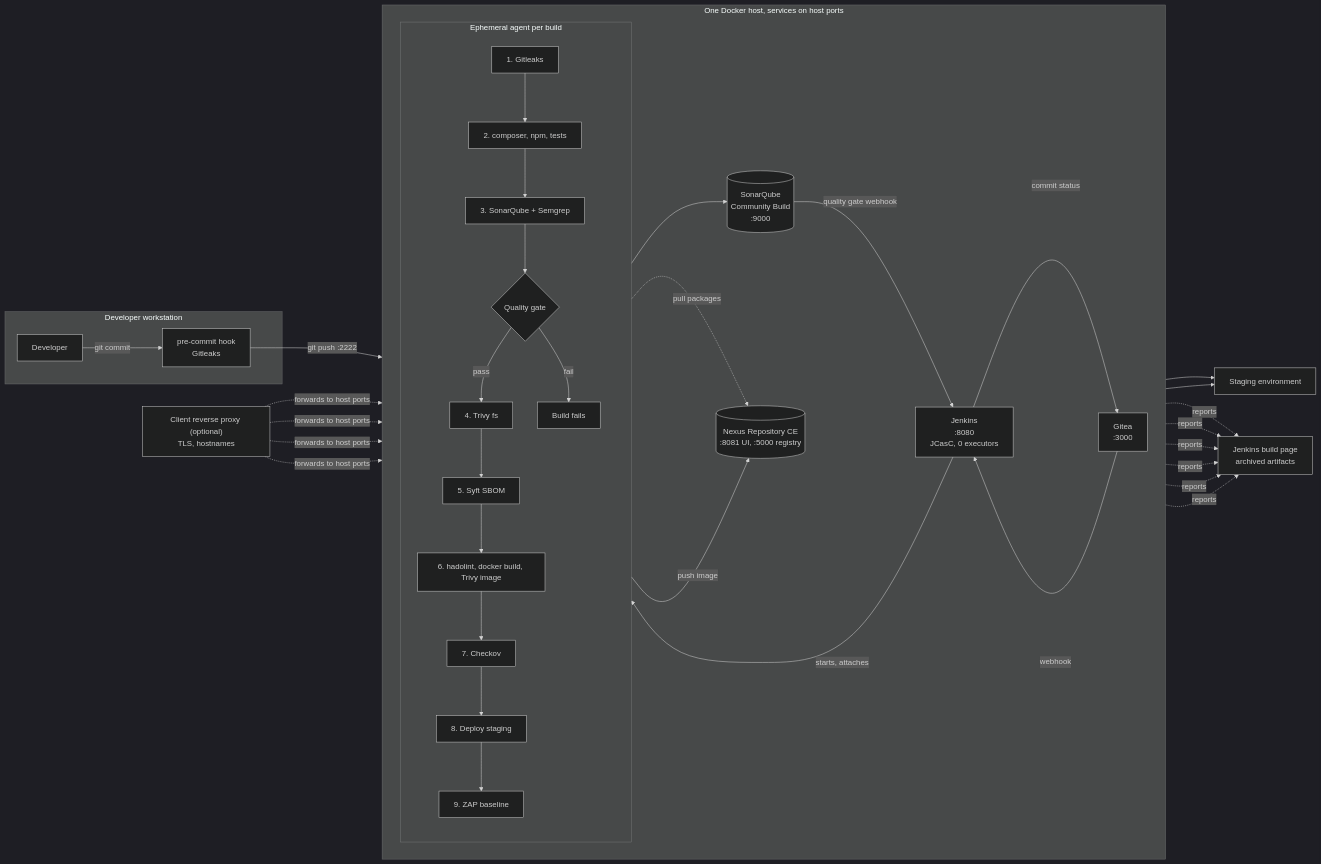
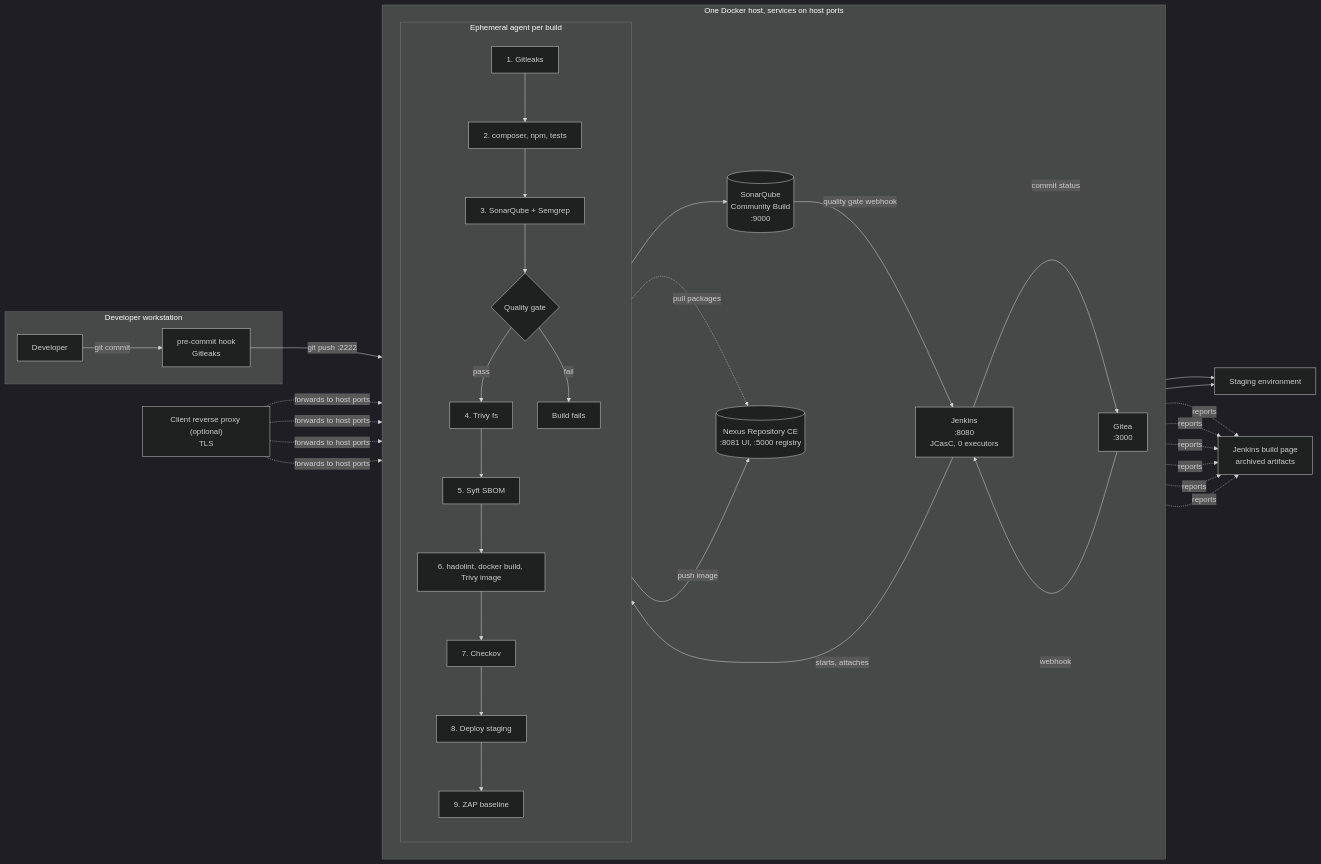
The diagram in docs/strict-minimum.md (MHChlagou/oss-devsecops-stack), drawn with Mermaid (dark theme) before and after one commit. The commit also changed other lines of this file and 42 other files, not shown here.

````diff
--- a/docs/strict-minimum.md
+++ b/docs/strict-minimum.md
@@ -15,42 +15,42 @@
 ```mermaid
 flowchart LR
     subgraph DEV["Developer workstation"]
         D[Developer] -->|git commit| PC["pre-commit hook<br/>Gitleaks"]
     end
 
     PC -->|git push :2222| GT
 
     subgraph HOST["One Docker host, services on host ports"]
         direction LR
         GT["Gitea<br/>:3000"]
         J["Jenkins<br/>:8080<br/>JCasC, 0 executors"]
         SQ[("SonarQube<br/>Community Build<br/>:9000")]
         NX[("Nexus Repository CE<br/>:8081 UI, :5000 registry")]
         subgraph AG["Ephemeral agent per build"]
             direction TB
             S1["1. Gitleaks"] --> S2["2. composer, npm, tests"]
             S2 --> S3["3. SonarQube + Semgrep"]
             S3 --> QG{"Quality gate"}
             QG -->|pass| S4["4. Trivy fs"]
             QG -->|fail| STOP["Build fails"]
             S4 --> S5["5. Syft SBOM"]
             S5 --> S6["6. hadolint, docker build, Trivy image"]
             S6 --> S7["7. Checkov"]
             S7 --> S8["8. Deploy staging"]
             S8 --> S9["9. ZAP baseline"]
         end
     end
 
     GT -->|webhook| J
     J -->|commit status| GT
     J -->|starts, attaches| AG
     S3 --> SQ
     SQ -->|quality gate webhook| J
     S2 -.pull packages.-> NX
     S6 -->|push image| NX
     S8 --> ST["Staging environment"]
     S9 --> ST
     S1 & S3 & S4 & S6 & S7 & S9 -.reports.-> REP["Jenkins build page<br/>archived artifacts"]
 
-    PROXY["Client reverse proxy (optional)<br/>TLS, hostnames"] -. forwards to host ports .-> GT & J & SQ & NX
+    PROXY["Client reverse proxy (optional)<br/>TLS"] -. forwards to host ports .-> GT & J & SQ & NX
 ```
````
